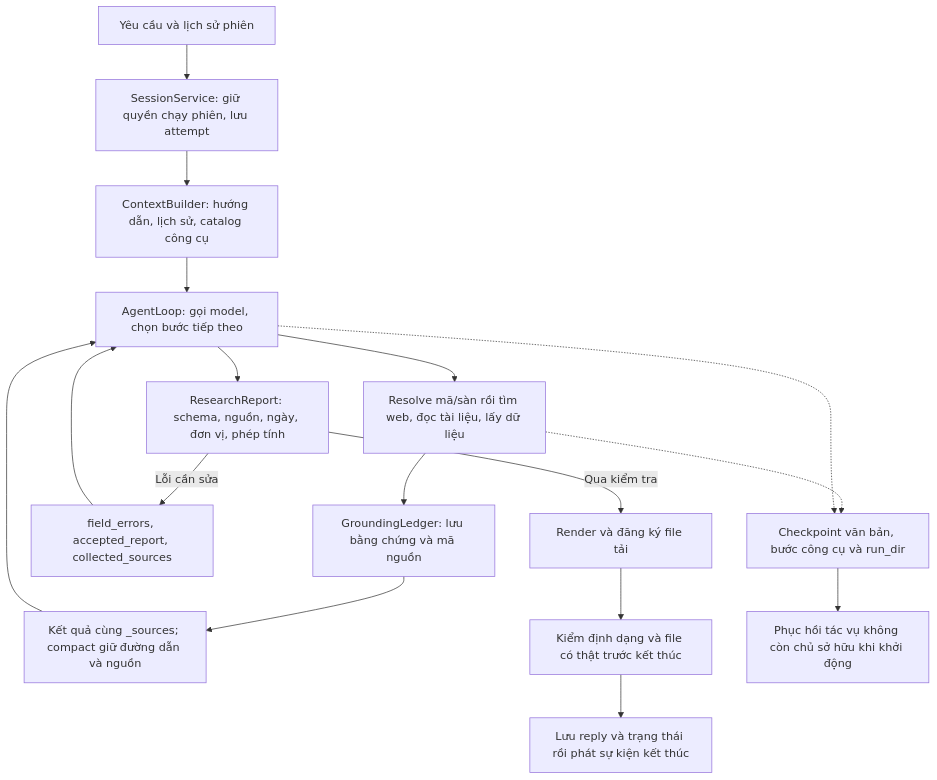
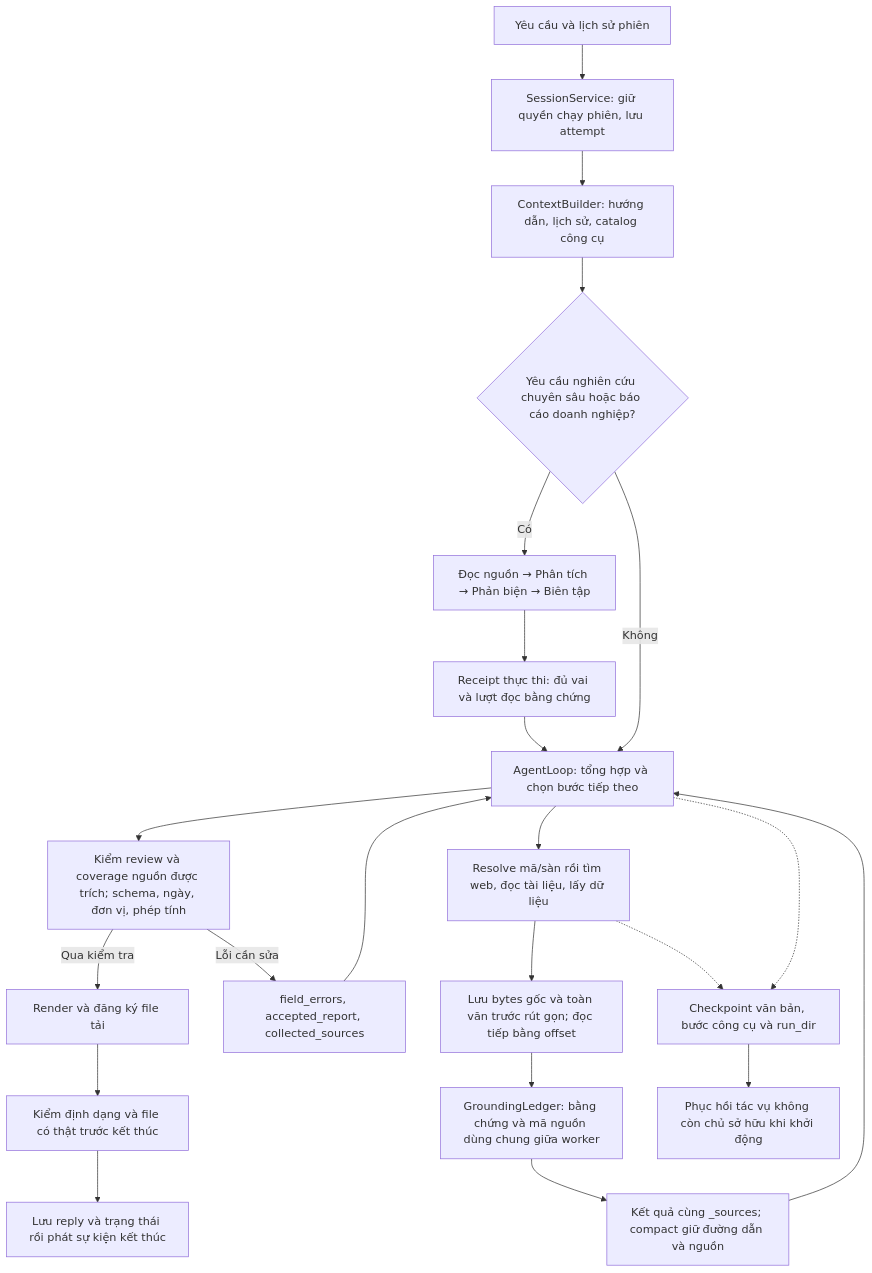
Before and after one commit to qtu11/vibe-trading-vn: the first of 2 diagrams in README.md, drawn with Mermaid. The commit also changed other lines of this file and 100 other files, not shown here.

````diff
--- a/README.md
+++ b/README.md
@@ -139,19 +139,24 @@
 ```mermaid
 flowchart TD
     U[Yêu cầu và lịch sử phiên] --> S[SessionService: giữ quyền chạy phiên, lưu attempt]
     S --> C[ContextBuilder: hướng dẫn, lịch sử, catalog công cụ]
-    C --> L[AgentLoop: gọi model, chọn bước tiếp theo]
+    C --> Q{Yêu cầu nghiên cứu chuyên sâu hoặc báo cáo doanh nghiệp?}
+    Q -->|Có| V[Đọc nguồn → Phân tích → Phản biện → Biên tập]
+    V --> H[Receipt thực thi: đủ vai và lượt đọc bằng chứng]
+    H --> L[AgentLoop: tổng hợp và chọn bước tiếp theo]
+    Q -->|Không| L
     L --> T[Resolve mã/sàn rồi tìm web, đọc tài liệu, lấy dữ liệu]
-    T --> E[GroundingLedger: lưu bằng chứng và mã nguồn]
+    T --> A[Lưu bytes gốc và toàn văn trước rút gọn; đọc tiếp bằng offset]
+    A --> E[GroundingLedger: bằng chứng và mã nguồn dùng chung giữa worker]
     E --> K[Kết quả cùng _sources; compact giữ đường dẫn và nguồn]
     K --> L
-    L --> R[ResearchReport: schema, nguồn, ngày, đơn vị, phép tính]
+    L --> R[Kiểm review và coverage nguồn được trích; schema, ngày, đơn vị, phép tính]
     R -->|Lỗi cần sửa| F[field_errors, accepted_report, collected_sources]
     F --> L
     R -->|Qua kiểm tra| X[Render và đăng ký file tải]
     X --> G[Kiểm định dạng và file có thật trước kết thúc]
     G --> P[Lưu reply và trạng thái rồi phát sự kiện kết thúc]
     T -.-> D[Checkpoint văn bản, bước công cụ và run_dir]
     L -.-> D
     D --> B[Phục hồi tác vụ không còn chủ sở hữu khi khởi động]
 ```
````
